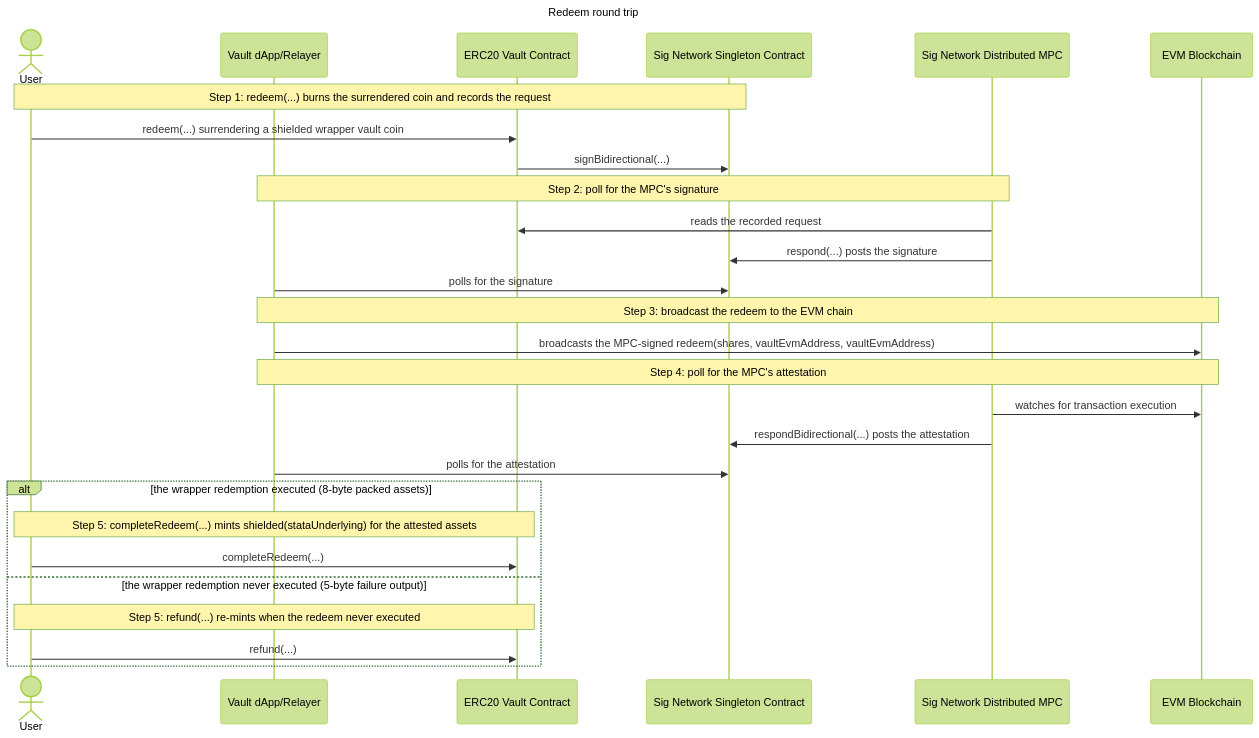
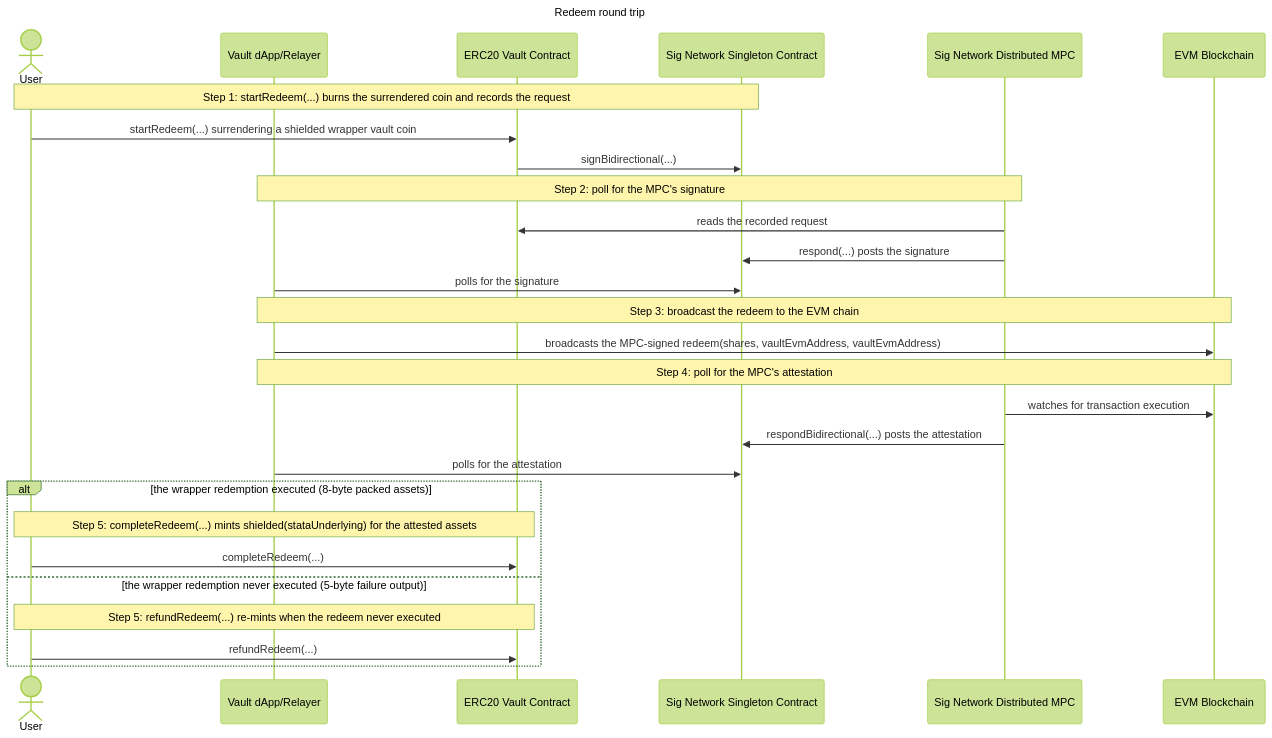
One commit to sig-net/midnight-examples changed the diagram in examples/erc20-vault/docs/redeem/redeem.md. Above: the diagram before and after it, drawn with Mermaid (forest theme). The commit also changed other lines of this file and 5 other files, not shown here.

````diff
--- a/examples/erc20-vault/docs/redeem/redeem.md
+++ b/examples/erc20-vault/docs/redeem/redeem.md
@@ -247,31 +246,31 @@
 ```mermaid
 sequenceDiagram
     title Redeem round trip
     actor User
     participant DApp as Vault dApp/Relayer
     participant Vault as ERC20 Vault Contract
     participant Singleton as Sig Network Singleton Contract
     participant MPC as Sig Network Distributed MPC
     participant EVM as EVM Blockchain
 
-    Note over User,Singleton: Step 1: redeem(...) burns the surrendered coin and records the request
-    User->>Vault: redeem(...) surrendering a shielded wrapper vault coin
+    Note over User,Singleton: Step 1: startRedeem(...) burns the surrendered coin and records the request
+    User->>Vault: startRedeem(...) surrendering a shielded wrapper vault coin
     Vault->>Singleton: signBidirectional(...)
     Note over DApp,MPC: Step 2: poll for the MPC's signature
     MPC->>Vault: reads the recorded request
     MPC->>Singleton: respond(...) posts the signature
     DApp->>Singleton: polls for the signature
     Note over DApp,EVM: Step 3: broadcast the redeem to the EVM chain
     DApp->>EVM: broadcasts the MPC-signed redeem(shares, vaultEvmAddress, vaultEvmAddress)
     Note over DApp,EVM: Step 4: poll for the MPC's attestation
     MPC->>EVM: watches for transaction execution
     MPC->>Singleton: respondBidirectional(...) posts the attestation
     DApp->>Singleton: polls for the attestation
     alt the wrapper redemption executed (8-byte packed assets)
         Note over User,Vault: Step 5: completeRedeem(...) mints shielded(stataUnderlying) for the attested assets
         User->>Vault: completeRedeem(...)
     else the wrapper redemption never executed (5-byte failure output)
-        Note over User,Vault: Step 5: refund(...) re-mints when the redeem never executed
-        User->>Vault: refund(...)
+        Note over User,Vault: Step 5: refundRedeem(...) re-mints when the redeem never executed
+        User->>Vault: refundRedeem(...)
     end
 ```
````
